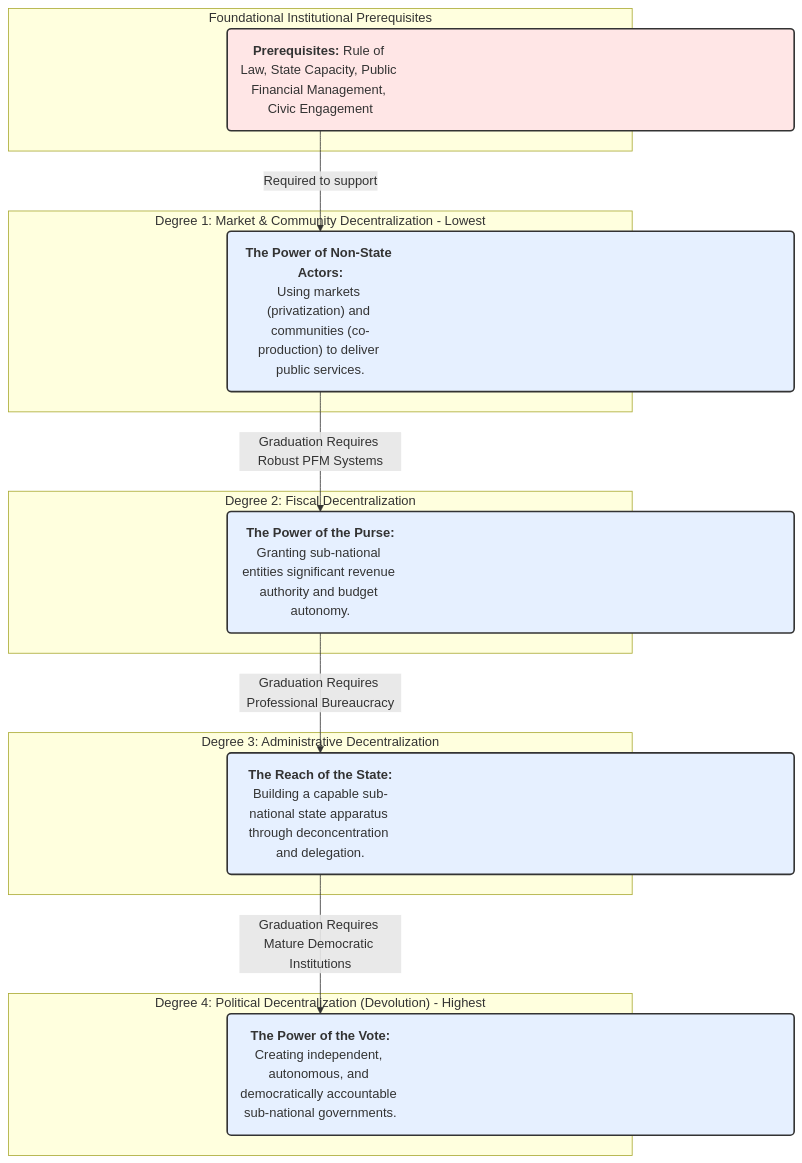
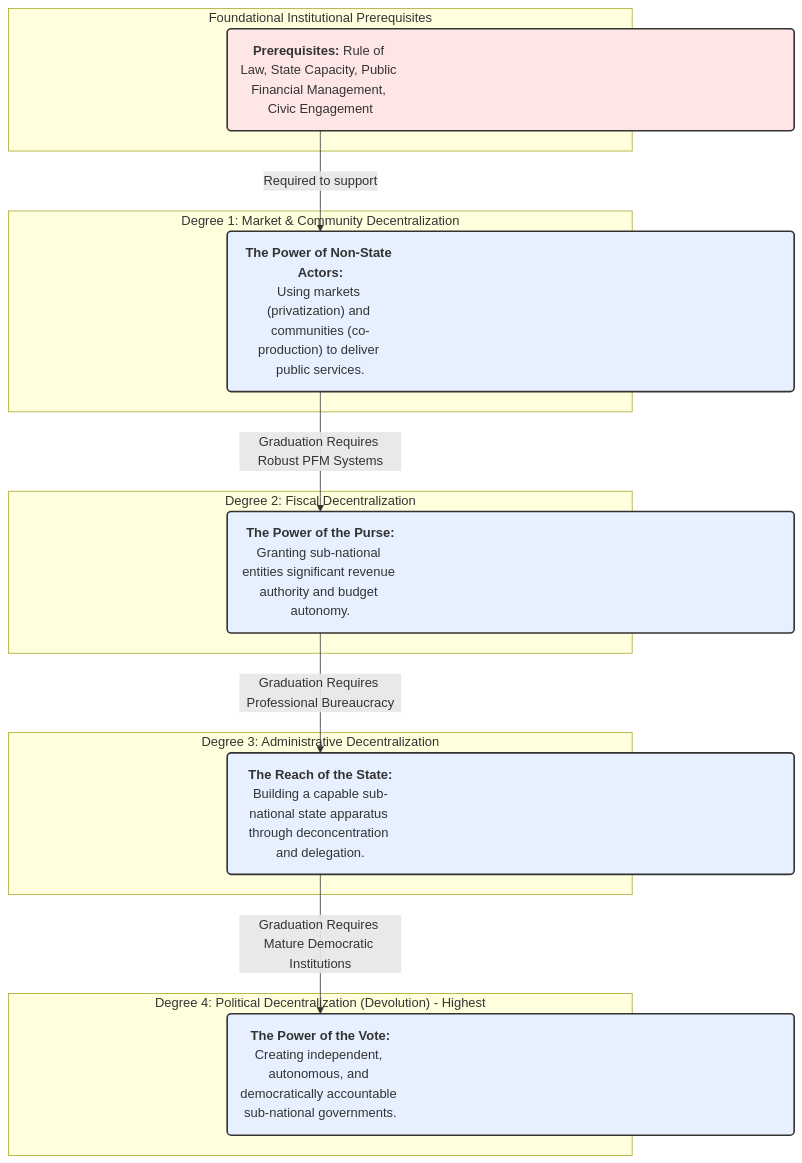
One commit to Aboutorabi/2.1.md changed the diagram in 2.1.md. Above: the diagram before and after it, drawn with Mermaid.

````diff
--- a/2.1.md
+++ b/2.1.md
@@ -1,46 +1,46 @@
 ```mermaid
 %%{init: {'themeCSS': '.label foreignObject span { white-space: nowrap; text-align: center; }'}}%%
 graph TD
     %% Degree 4
     subgraph "Degree 4: Political Decentralization (Devolution) - Highest"
         D4("<b>The Power of the Vote:</b><br>Creating independent, autonomous, and democratically accountable sub-national governments.")
     end
     
     %% Degree 3
     subgraph "Degree 3: Administrative Decentralization"
         D3("<b>The Reach of the State:</b><br>Building a capable sub-national state apparatus through deconcentration and delegation.")
     end
 
     %% Degree 2
     subgraph "Degree 2: Fiscal Decentralization"
         D2("<b>The Power of the Purse:</b><br>Granting sub-national entities significant revenue authority and budget autonomy.")
     end
 
     %% Degree 1
-    subgraph "Degree 1: Market & Community Decentralization - Lowest"
+    subgraph "Degree 1: Market & Community Decentralization"
         D1("<b>The Power of Non-State Actors:</b><br>Using markets (privatization) and communities (co-production) to deliver public services.")
     end
     
     %% Prerequisites
     subgraph "Foundational Institutional Prerequisites"
         F("<b>Prerequisites:</b> Rule of Law, State Capacity, Public Financial Management, Civic Engagement")
     end
 
     %% Arrows
     F -->|Required to support| D1
     D1 -->|Graduation Requires Robust PFM Systems| D2
     D2 -->|Graduation Requires Professional Bureaucracy| D3
     D3 -->|Graduation Requires Mature Democratic Institutions| D4
 
     %% Styling (uniform widths, centered alignment)
     style F  fill:#ffe6e6,stroke:#333,stroke-width:2px,width:700px
     style D1 fill:#e6f0ff,stroke:#333,stroke-width:2px,width:700px
     style D2 fill:#e6f0ff,stroke:#333,stroke-width:2px,width:700px
     style D3 fill:#e6f0ff,stroke:#333,stroke-width:2px,width:700px
     style D4 fill:#e6f0ff,stroke:#333,stroke-width:2px,width:700px
 
     %% Ensure subgraphs are centered
     classDef centerBox text-align:center;
     class F,D1,D2,D3,D4 centerBox;
 
 ```
````
